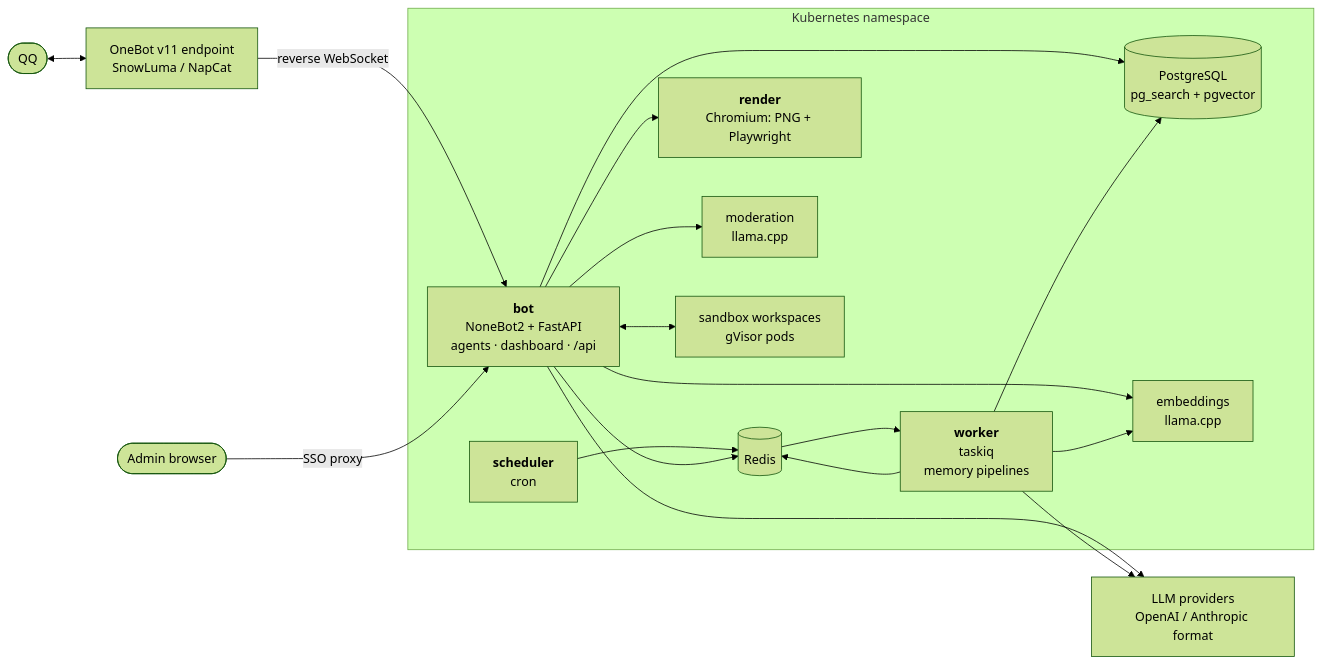
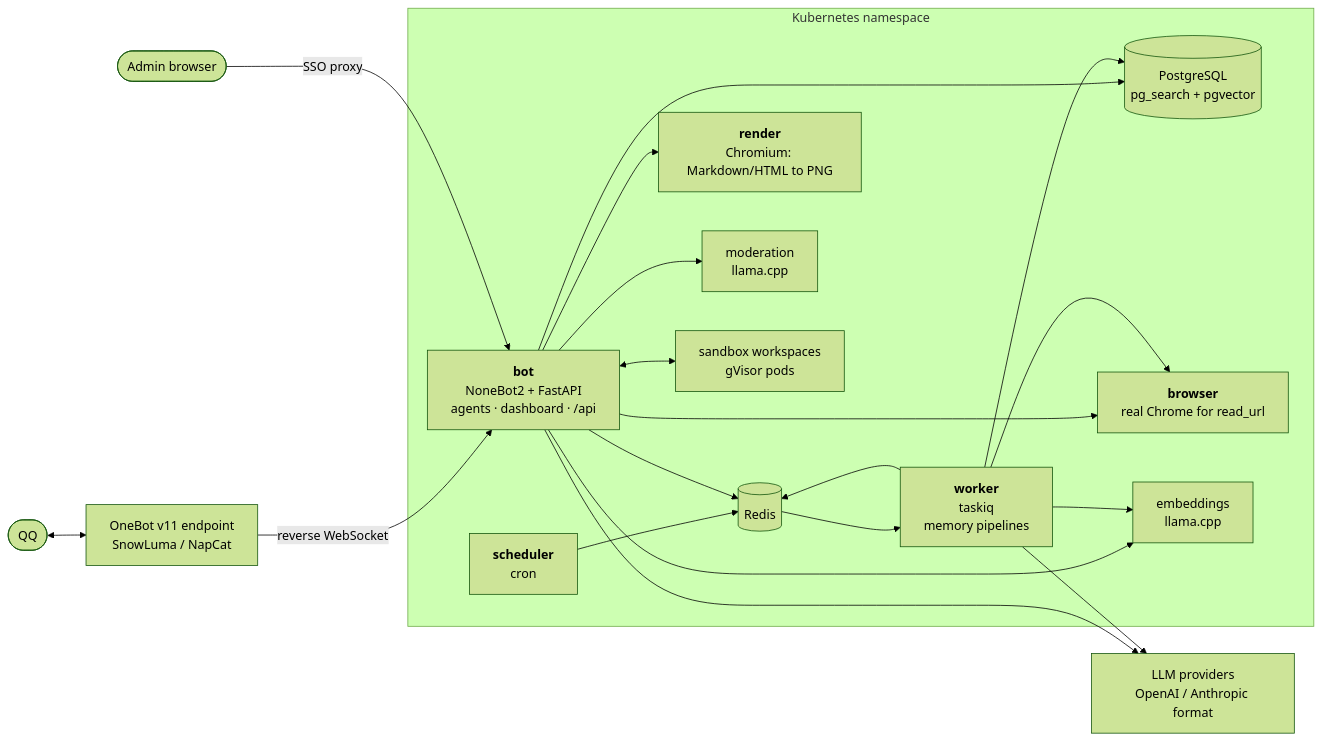
The first of 2 diagrams in README.md (FYWinds/YggdrasilBot), drawn with Mermaid (forest theme) before and after one commit. The commit also changed other lines of this file and 22 other files, not shown here.

First line of the commit message:
feat(web): add real-Chrome browser service

````diff
--- a/README.md
+++ b/README.md
@@ -85,27 +85,29 @@
 ```mermaid
 flowchart LR
   qq([QQ]) <--> onebot["OneBot v11 endpoint<br/>SnowLuma / NapCat"]
   onebot -- reverse WebSocket --> bot
 
   subgraph cluster[Kubernetes namespace]
     bot["<b>bot</b><br/>NoneBot2 + FastAPI<br/>agents · dashboard · /api"]
     worker["<b>worker</b><br/>taskiq<br/>memory pipelines"]
     scheduler["<b>scheduler</b><br/>cron"]
     pg[("PostgreSQL<br/>pg_search + pgvector")]
     redis[("Redis")]
-    render["<b>render</b><br/>Chromium: PNG + Playwright"]
+    render["<b>render</b><br/>Chromium: Markdown/HTML to PNG"]
+    browser["<b>browser</b><br/>real Chrome for read_url"]
     embed["embeddings<br/>llama.cpp"]
     guard["moderation<br/>llama.cpp"]
     sandbox["sandbox workspaces<br/>gVisor pods"]
   end
 
   scheduler --> redis --> worker
   bot & worker --> pg
   bot & worker --> redis
   bot --> render
+  bot & worker --> browser
   bot & worker --> embed
   bot --> guard
   bot <--> sandbox
   bot & worker --> llm["LLM providers<br/>OpenAI / Anthropic format"]
   admin([Admin browser]) -- SSO proxy --> bot
 ```
````
